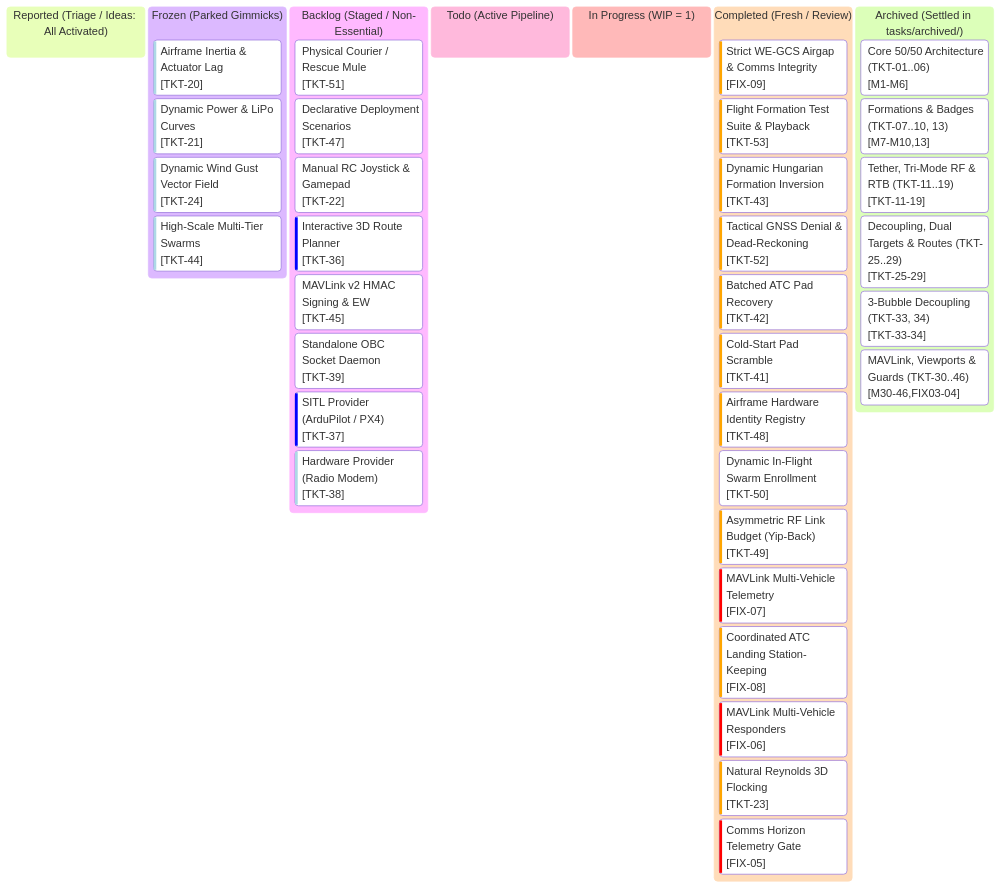
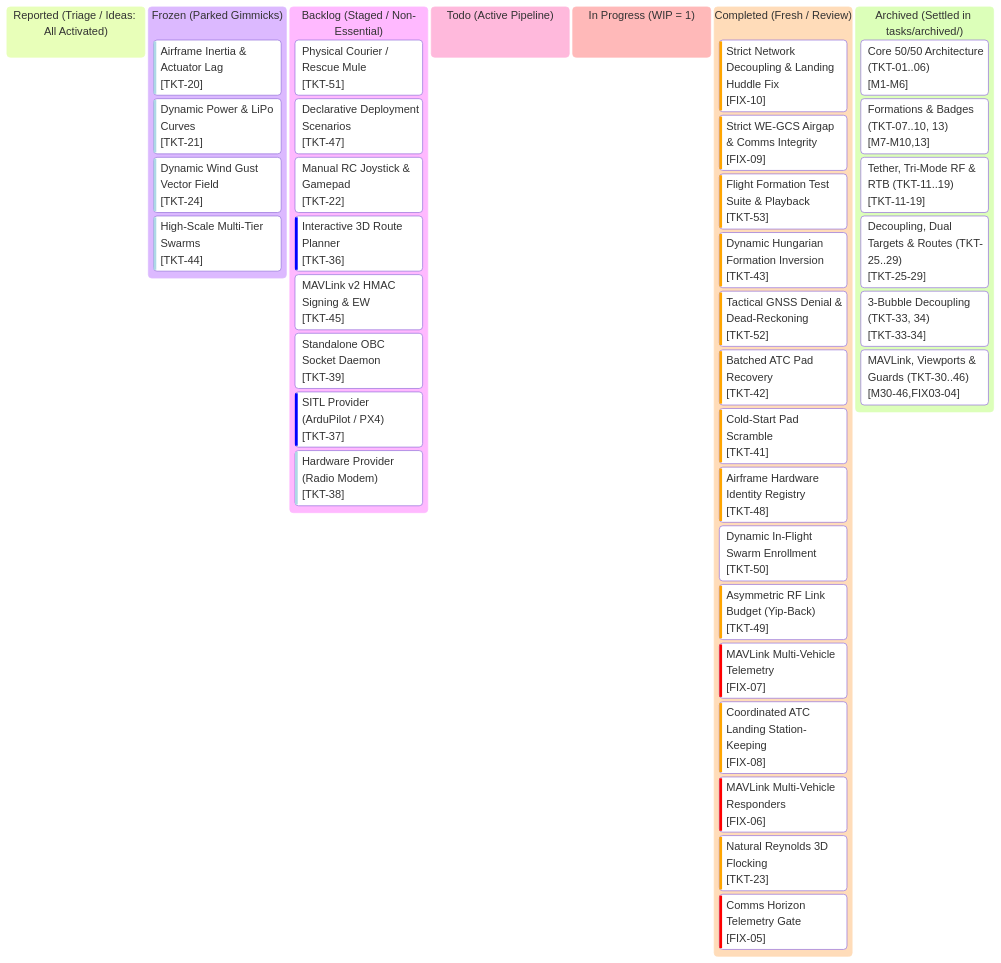
Before and after one commit to AlitheiaDeus/AlitheiaHive: the diagram in kanban.md, drawn with Mermaid. The commit also changed other lines of this file and 6 other files, not shown here.

Commit message:
fix(airgap): landing pad huddle fix, 3-way casualty doctrine, and radio horizon gating (FIX-10)

````diff
--- a/kanban.md
+++ b/kanban.md
@@ -10,62 +10,63 @@
 ```mermaid
 %%{init: {
   'theme': 'base',
   'themeVariables': {
     'primaryColor': '#0d2235',
     'primaryTextColor': '#d4f4ff',
     'primaryBorderColor': '#00f0ff',
     'lineColor': '#00f0ff',
     'background': '#061019',
     'mainBkg': '#0a1926',
     'secondaryColor': '#081420',
     'secondaryTextColor': '#5a7e96',
     'secondaryBorderColor': '#134e6f',
     'tertiaryColor': '#0e263d',
     'tertiaryTextColor': '#00ffaa',
     'tertiaryBorderColor': '#00ffaa',
     'clusterBkg': '#081420',
     'clusterBorder': '#134e6f',
     'fontFamily': "'JetBrains Mono', 'Courier New', monospace"
   }
 }}%%
 kanban
   reported["Reported (Triage / Ideas: All Activated)"]
   frozen["Frozen (Parked Gimmicks)"]
     tkt20["Airframe Inertia & Actuator Lag"]@{ ticket: '[TKT-20]', priority: 'Very Low' }
     tkt21["Dynamic Power & LiPo Curves"]@{ ticket: '[TKT-21]', priority: 'Very Low' }
     tkt24["Dynamic Wind Gust Vector Field"]@{ ticket: '[TKT-24]', priority: 'Very Low' }
     tkt44["High-Scale Multi-Tier Swarms"]@{ ticket: '[TKT-44]', priority: 'Very Low' }
   backlog["Backlog (Staged / Non-Essential)"]
     tkt51["Physical Courier / Rescue Mule"]@{ ticket: '[TKT-51]', priority: 'Medium' }
     tkt47["Declarative Deployment Scenarios"]@{ ticket: '[TKT-47]', priority: 'Medium' }
     tkt22["Manual RC Joystick & Gamepad"]@{ ticket: '[TKT-22]', priority: 'Medium' }
     tkt36["Interactive 3D Route Planner"]@{ ticket: '[TKT-36]', priority: 'Low' }
     tkt45["MAVLink v2 HMAC Signing & EW"]@{ ticket: '[TKT-45]', priority: 'Medium' }
     tkt39["Standalone OBC Socket Daemon"]@{ ticket: '[TKT-39]', priority: 'Medium' }
     tkt37["SITL Provider (ArduPilot / PX4)"]@{ ticket: '[TKT-37]', priority: 'Low' }
     tkt38["Hardware Provider (Radio Modem)"]@{ ticket: '[TKT-38]', priority: 'Very Low' }
   todo["Todo (Active Pipeline)"]
   in_progress["In Progress (WIP = 1)"]
   completed["Completed (Fresh / Review)"]
+    fix10["Strict Network Decoupling & Landing Huddle Fix"]@{ ticket: '[FIX-10]', priority: 'High' }
     fix09["Strict WE-GCS Airgap & Comms Integrity"]@{ ticket: '[FIX-09]', priority: 'High' }
     tkt53["Flight Formation Test Suite & Playback"]@{ ticket: '[TKT-53]', priority: 'High' }
     tkt43["Dynamic Hungarian Formation Inversion"]@{ ticket: '[TKT-43]', priority: 'High' }
     tkt52["Tactical GNSS Denial & Dead-Reckoning"]@{ ticket: '[TKT-52]', priority: 'High' }
     tkt42["Batched ATC Pad Recovery"]@{ ticket: '[TKT-42]', priority: 'High' }
     tkt41["Cold-Start Pad Scramble"]@{ ticket: '[TKT-41]', priority: 'High' }
     tkt48["Airframe Hardware Identity Registry"]@{ ticket: '[TKT-48]', priority: 'High' }
     tkt50["Dynamic In-Flight Swarm Enrollment"]@{ ticket: '[TKT-50]', priority: 'Medium' }
     tkt49["Asymmetric RF Link Budget (Yip-Back)"]@{ ticket: '[TKT-49]', priority: 'High' }
     fix07["MAVLink Multi-Vehicle Telemetry"]@{ ticket: '[FIX-07]', priority: 'Very High' }
     fix08["Coordinated ATC Landing Station-Keeping"]@{ ticket: '[FIX-08]', priority: 'High' }
     fix06["MAVLink Multi-Vehicle Responders"]@{ ticket: '[FIX-06]', priority: 'Very High' }
     tkt23["Natural Reynolds 3D Flocking"]@{ ticket: '[TKT-23]', priority: 'High' }
     fix05["Comms Horizon Telemetry Gate"]@{ ticket: '[FIX-05]', priority: 'Very High' }
   archived["Archived (Settled in tasks/archived/)"]
     arch_m1_6["Core 50/50 Architecture (TKT-01..06)"]@{ ticket: '[M1-M6]' }
     arch_m7_10_13["Formations & Badges (TKT-07..10, 13)"]@{ ticket: '[M7-M10,13]' }
     arch_m11_19["Tether, Tri-Mode RF & RTB (TKT-11..19)"]@{ ticket: '[TKT-11-19]' }
     arch_m25_29["Decoupling, Dual Targets & Routes (TKT-25..29)"]@{ ticket: '[TKT-25-29]' }
     arch_m33_34["3-Bubble Decoupling (TKT-33, 34)"]@{ ticket: '[TKT-33-34]' }
     arch_m30_46["MAVLink, Viewports & Guards (TKT-30..46)"]@{ ticket: '[M30-46,FIX03-04]' }
 ```
````
